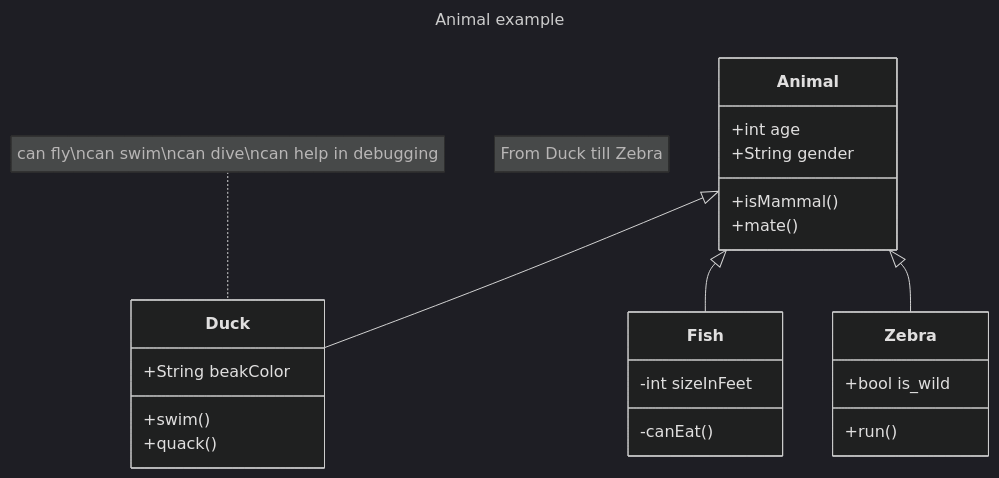
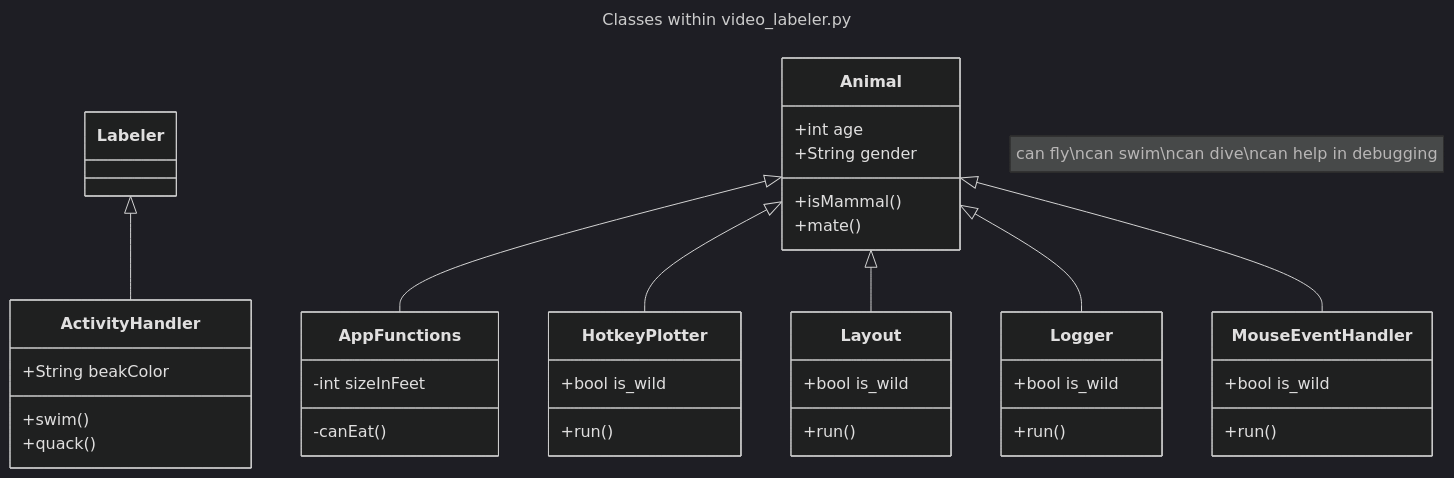
The diagram in README.md (VitaliKStud/video-labeler), drawn with Mermaid (dark theme) before and after one commit. The commit also changed other lines of this file, not shown here.

Commit message:
test-markdown

````diff
--- a/README.md
+++ b/README.md
@@ -50,28 +50,42 @@
 ```mermaid
 ---
-title: Animal example
+title: Classes within video_labeler.py
 ---
 classDiagram
-    note "From Duck till Zebra"
-    Animal <|-- Duck
+    Labeler <|-- ActivityHandler
     note for Duck "can fly\ncan swim\ncan dive\ncan help in debugging"
-    Animal <|-- Fish
-    Animal <|-- Zebra
+    Animal <|-- AppFunctions
+    Animal <|-- HotkeyPlotter
+    Animal <|-- Layout
+    Animal <|-- Logger
+    Animal <|-- MouseEventHandler
     Animal : +int age
     Animal : +String gender
     Animal: +isMammal()
     Animal: +mate()
-    class Duck{
+    class ActivityHandler{
         +String beakColor
         +swim()
         +quack()
     }
-    class Fish{
+    class AppFunctions{
         -int sizeInFeet
         -canEat()
     }
-    class Zebra{
+    class HotkeyPlotter{
+        +bool is_wild
+        +run()
+    }
+    class Layout{
+        +bool is_wild
+        +run()
+    }
+    class Logger{
+        +bool is_wild
+        +run()
+    }
+    class MouseEventHandler{
         +bool is_wild
         +run()
     }
 ```
````
